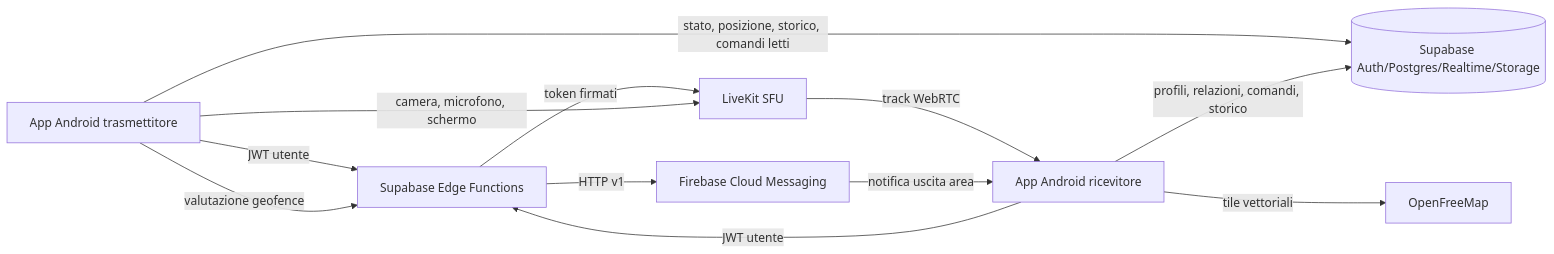
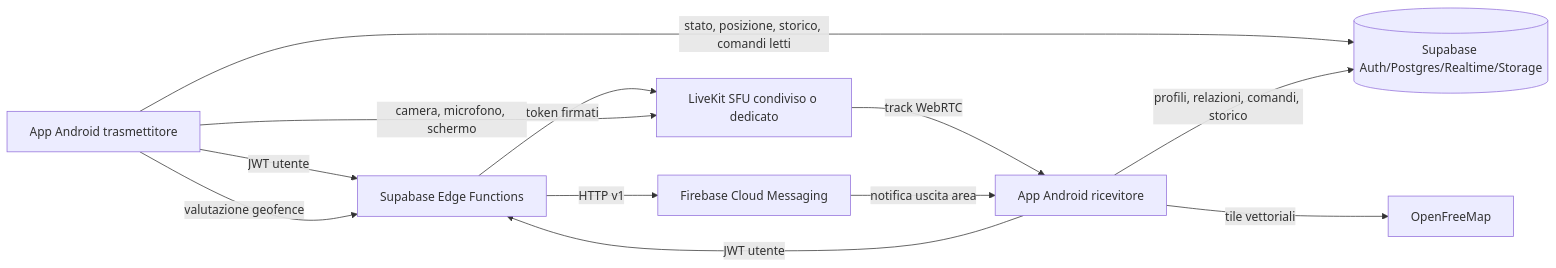
The diagram in docs/ANALISI_TECNICA.md (rimadarwin/findme), drawn with Mermaid before and after one commit. The commit also changed other lines of this file and 5 other files, not shown here.

Commit message:
feat: abilita LiveKit multi-tenant

````diff
--- a/docs/ANALISI_TECNICA.md
+++ b/docs/ANALISI_TECNICA.md
@@ -16,22 +23,22 @@
 ```mermaid
 flowchart LR
     TX[App Android trasmettitore]
     RX[App Android ricevitore]
     SB[(Supabase Auth/Postgres/Realtime/Storage)]
     EF[Supabase Edge Functions]
-    LK[LiveKit SFU]
+    LK[LiveKit SFU condiviso o dedicato]
     FCM[Firebase Cloud Messaging]
     MAP[OpenFreeMap]
 
     TX -->|stato, posizione, storico, comandi letti| SB
     RX -->|profili, relazioni, comandi, storico| SB
     TX -->|JWT utente| EF
     RX -->|JWT utente| EF
     EF -->|token firmati| LK
     TX -->|camera, microfono, schermo| LK
     LK -->|track WebRTC| RX
     TX -->|valutazione geofence| EF
     EF -->|HTTP v1| FCM
     FCM -->|notifica uscita area| RX
     RX -->|tile vettoriali| MAP
 ```
````
